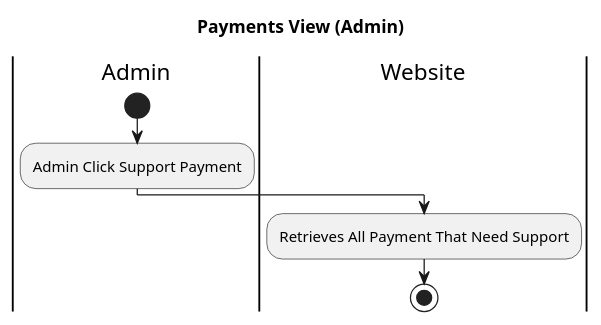
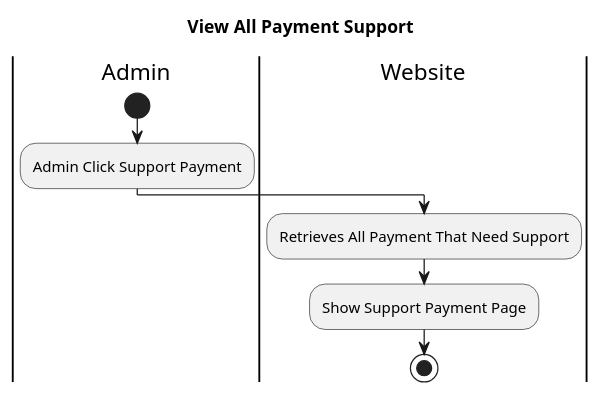
One commit to AntWort21/BHFMS changed the diagram in Design/BHFMS_ACTIVITY/Admin/Payment/View All Payment Support.puml. Above: the diagram before and after it, drawn with PlantUML. The commit also changed 23 other files, not shown here.

```diff
--- a/Design/BHFMS_ACTIVITY/Admin/Payment/View All Payment Support.puml
+++ b/Design/BHFMS_ACTIVITY/Admin/Payment/View All Payment Support.puml
@@ -1,11 +1,12 @@
 @startuml
-title Payments View (Admin)
+title View All Payment Support
 |Admin|
 start 
 :Admin Click Support Payment;
 
 |Website|
 :Retrieves All Payment That Need Support;
+:Show Support Payment Page;
 stop
 
 @enduml
```
